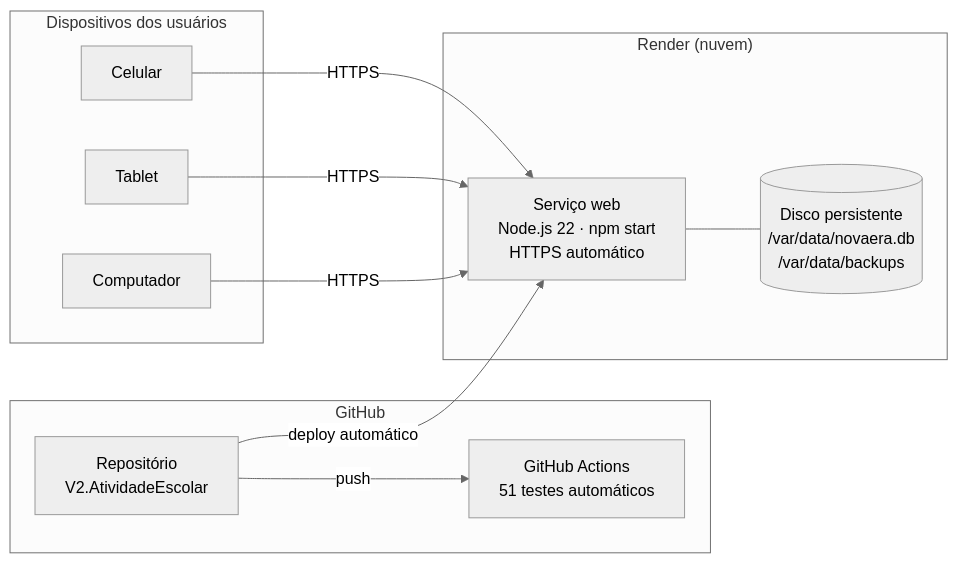
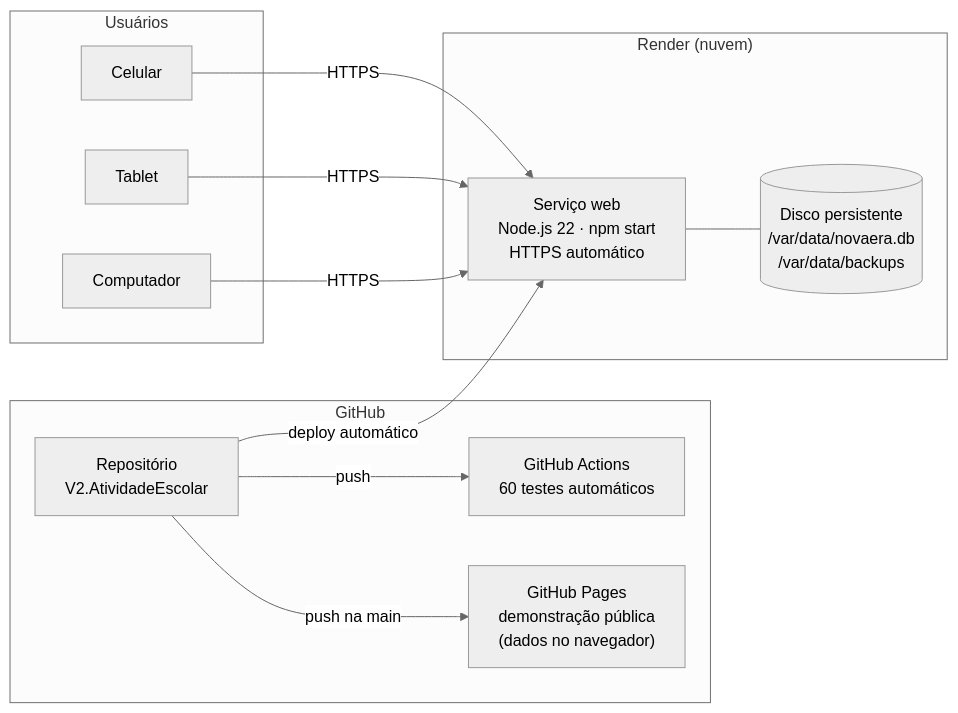
The diagram in docs/diagramas/fonte/09-implantacao.mmd (GustavoResendeDev/V2.AtividadeEscolar), drawn with Mermaid (neutral theme) before and after one commit. The commit also changed 69 other files, not shown here.

```diff
--- a/docs/diagramas/fonte/09-implantacao.mmd
+++ b/docs/diagramas/fonte/09-implantacao.mmd
@@ -1,18 +1,20 @@
 flowchart LR
-  subgraph U["Dispositivos dos usuários"]
+  subgraph U["Usuários"]
     CEL["Celular"]
     TAB["Tablet"]
     PC["Computador"]
   end
   subgraph GH["GitHub"]
     REP["Repositório<br/>V2.AtividadeEscolar"]
-    CI["GitHub Actions<br/>51 testes automáticos"]
+    CI["GitHub Actions<br/>60 testes automáticos"]
+    PG["GitHub Pages<br/>demonstração pública<br/>(dados no navegador)"]
   end
   subgraph RD["Render (nuvem)"]
     WEB["Serviço web<br/>Node.js 22 · npm start<br/>HTTPS automático"]
     DSK[("Disco persistente<br/>/var/data/novaera.db<br/>/var/data/backups")]
   end
   CEL & TAB & PC -- "HTTPS" --> WEB
   REP -- "push" --> CI
   REP -- "deploy automático" --> WEB
+  REP -- "push na main" --> PG
   WEB --- DSK
```
